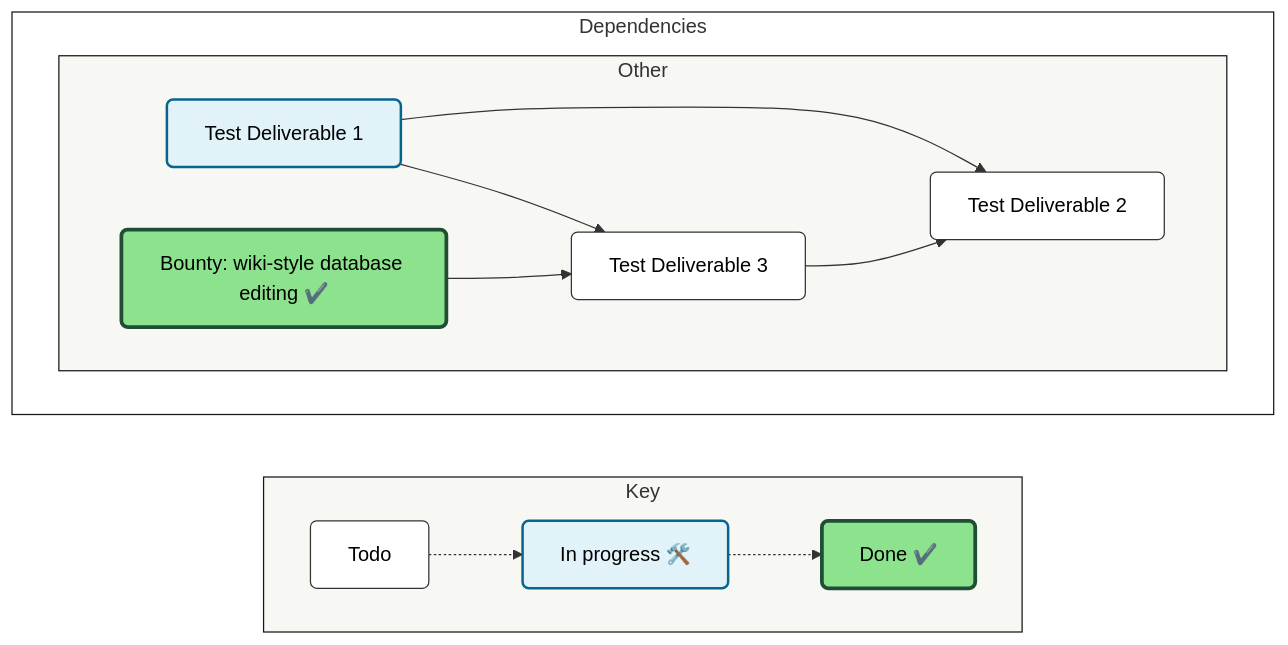
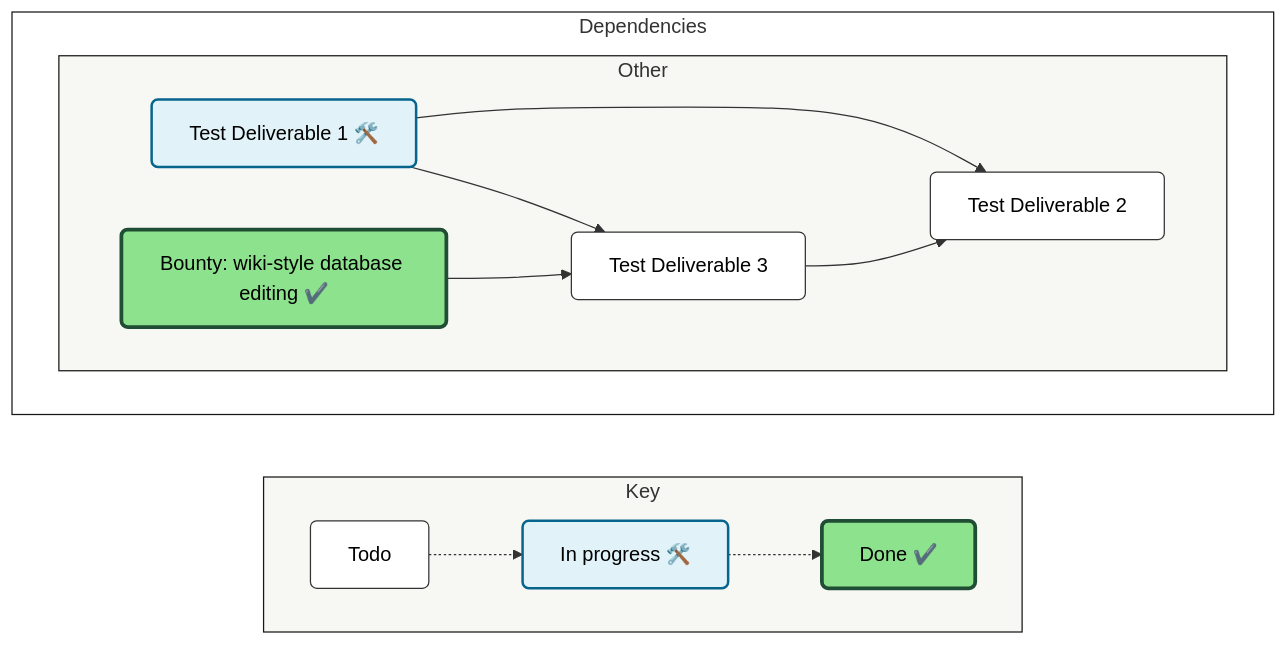
One commit to simpler-coop/simpler-template changed the diagram in documentation/dependencies.md. Above: the diagram before and after it, drawn with Mermaid.

Commit message:
docs: Update dependencies.md with dependency diagram [skip ci]

````diff
--- a/documentation/dependencies.md
+++ b/documentation/dependencies.md
@@ -7,53 +7,53 @@
 ```mermaid
 
 flowchart LR
 
   %% ─────────────────────────────
   %% Styles
   %% ─────────────────────────────
   classDef default fill:#fff,stroke:#333,stroke-width:1px,color:#000,rx:5,ry:5
   classDef InProgress fill:#e1f3f8,stroke:#07648d,stroke-width:2px,color:#000
   classDef Done fill:#8DE28D,stroke:#204e34,stroke-width:3px,color:#000
   style Canvas fill:transparent,stroke:#171716
   style Legend fill:#F7F7F4,stroke:#171716
   style other fill:#F7F7F4,stroke:#171716
 
   %% ─────────────────────────────
   %% Legend
   %% ─────────────────────────────
   subgraph Legend["Key"]
     direction LR
     k1["Todo"]
     k2["In progress 🛠️ "]:::InProgress
     k3["Done ✔️"]:::Done
 
     k1 -.-> k2 -.-> k3
   end
 
   %% ─────────────────────────────
   %% Main canvas
   %% ─────────────────────────────
   subgraph Canvas["Dependencies"]
     direction LR
 
 
     subgraph other["Other"]
     direction LR
-        simpler-coop/simpler-template#1["Test Deliverable 1"]:::InProgress
+        simpler-coop/simpler-template#1["Test Deliverable 1 🛠️"]:::InProgress
         simpler-coop/simpler-template#3["Test Deliverable 2"]
         simpler-coop/simpler-template#4["Bounty: wiki-style database editing ✔️"]:::Done
         simpler-coop/simpler-template#10["Test Deliverable 3"]
     end
 
 
     %% ─────────────────────────────
     %% Relationships
     %% ─────────────────────────────
     simpler-coop/simpler-template#1 --> simpler-coop/simpler-template#10
     simpler-coop/simpler-template#1 --> simpler-coop/simpler-template#3
     simpler-coop/simpler-template#4 --> simpler-coop/simpler-template#10
     simpler-coop/simpler-template#10 --> simpler-coop/simpler-template#3
 
   end
 
 ```
````
